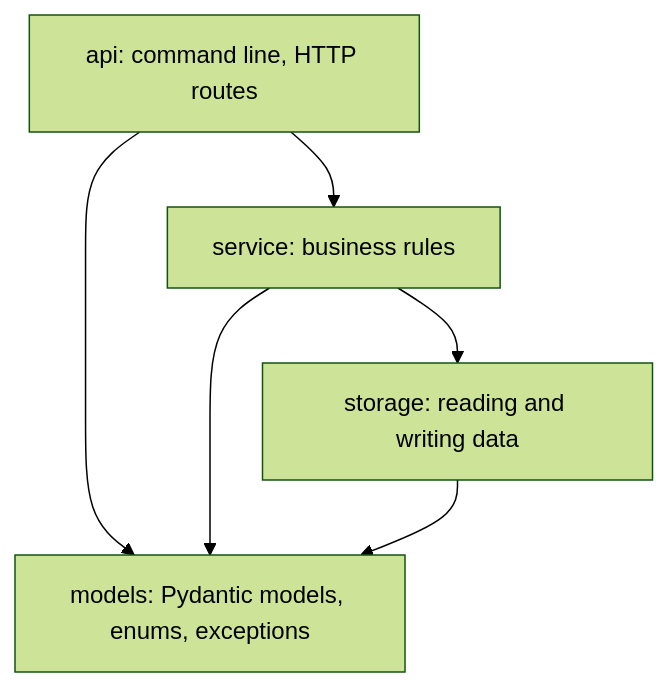
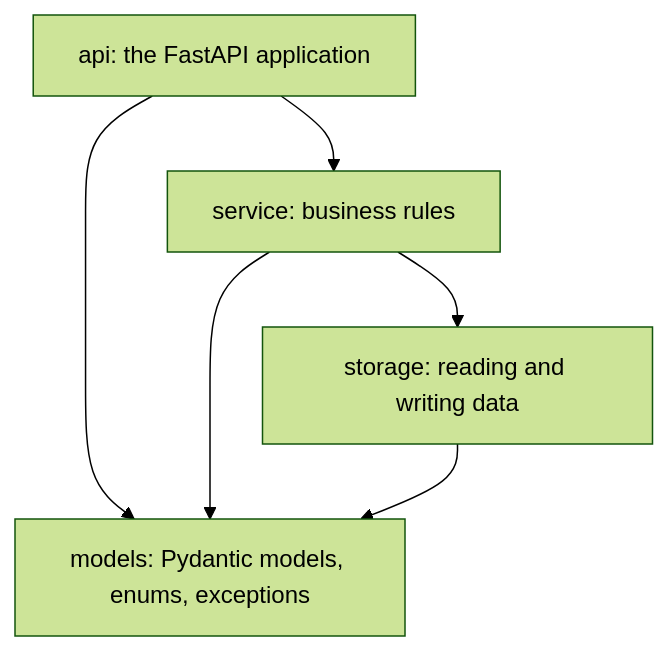
The first of 2 diagrams in docs/technical/architecture/architecture.md (gpbcom/SimpleERP), drawn with Mermaid (forest theme) before and after one commit. The commit also changed other lines of this file and 10 other files, not shown here.

First line of the commit message:
Harness: every service is a regular FastAPI application, with no command line

````diff
--- a/docs/technical/architecture/architecture.md
+++ b/docs/technical/architecture/architecture.md
@@ -8,8 +8,8 @@
 ```mermaid
 flowchart TD
-    api["api: command line, HTTP routes"] --> service["service: business rules"]
+    api["api: the FastAPI application"] --> service["service: business rules"]
     service --> storage["storage: reading and writing data"]
     api --> models["models: Pydantic models, enums, exceptions"]
     service --> models
     storage --> models
 ```
````
